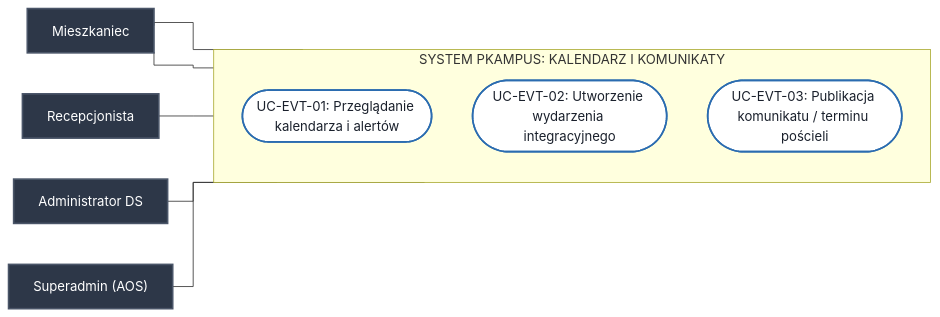
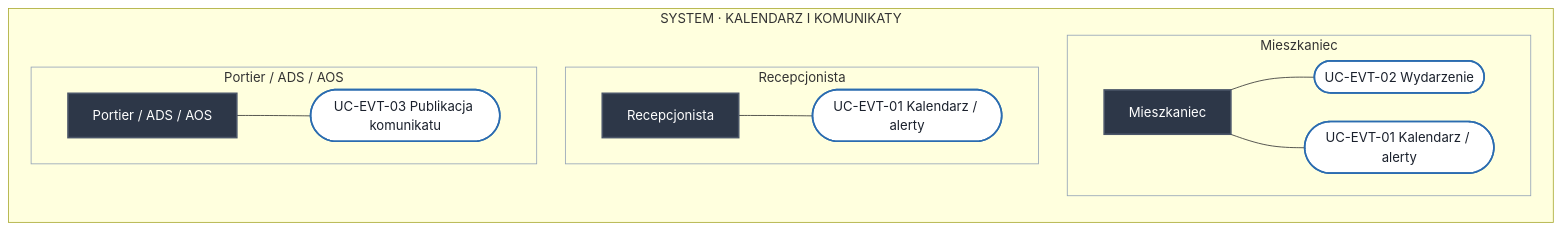
Before and after one commit to Buczy8/PKampus: the eighth of 9 diagrams in Docs/Diagramy_Przypadkow_Uzycia.md, drawn with Mermaid. The commit also changed other lines of this file and 7 other files, not shown here.

````diff
--- a/Docs/Diagramy_Przypadkow_Uzycia.md
+++ b/Docs/Diagramy_Przypadkow_Uzycia.md
@@ -318,26 +295,33 @@
 ```mermaid
-%%{init: {'flowchart': {'curve': 'stepBefore'}}}%%
-flowchart LR
-    classDef actorStyle fill:#2d3748,stroke:#4a5568,stroke-width:2px,color:#fff;
-    classDef ucStyle fill:#fff,stroke:#2b6cb0,stroke-width:2px,color:#1a202c;
+%%{init: {'flowchart': {'curve': 'basis', 'nodeSpacing': 35, 'rankSpacing': 40}}}%%
+flowchart TB
+    classDef actor fill:#2d3748,stroke:#4a5568,stroke-width:2px,color:#fff;
+    classDef uc fill:#fff,stroke:#2b6cb0,stroke-width:2px,color:#1a202c;
+    classDef inc fill:#edf2f7,stroke:#718096,stroke-width:1px,stroke-dasharray:3 3,color:#2d3748;
+    classDef sys fill:#1a365d,stroke:#2b6cb0,stroke-width:2px,color:#fff;
+    classDef abs fill:#4a5568,stroke:#718096,stroke-width:2px,color:#fff,stroke-dasharray:4 4;
+    classDef lane fill:transparent,stroke:#cbd5e1,stroke-width:1px,color:#64748b;
+    subgraph EVT["SYSTEM · KALENDARZ I KOMUNIKATY"]
+        direction TB
 
-    Student["Mieszkaniec"]:::actorStyle
+        subgraph L1["Mieszkaniec"]
+            direction LR
+            S["Mieszkaniec"]:::actor --- U02(["UC-EVT-02 Wydarzenie"]):::uc
+            S --- U01(["UC-EVT-01 Kalendarz / alerty"]):::uc
+        end
 
-    subgraph System_Events ["SYSTEM PKAMPUS: KALENDARZ I KOMUNIKATY"]
-        direction TB
-        UC_EVT_01(["UC-EVT-01: Przeglądanie kalendarza i alertów"]):::ucStyle
-        UC_EVT_02(["UC-EVT-02: Utworzenie wydarzenia integracyjnego"]):::ucStyle
-        UC_EVT_03(["UC-EVT-03: Publikacja komunikatu / terminu pościeli"]):::ucStyle
+        subgraph L2["Recepcjonista"]
+            direction LR
+            P["Recepcjonista"]:::actor --- U01b(["UC-EVT-01 Kalendarz / alerty"]):::uc
+        end
+
+        subgraph L3["Portier / ADS / AOS"]
+            direction LR
+            St["Portier / ADS / AOS"]:::actor --- U03(["UC-EVT-03 Publikacja komunikatu"]):::uc
+        end
     end
 
-    Portier["Recepcjonista"]:::actorStyle
-    AdminDS["Administrator DS"]:::actorStyle
-    SuperAdmin["Superadmin (AOS)"]:::actorStyle
-
-    Student --- UC_EVT_01
-    Student --- UC_EVT_02
-
-    Portier --- UC_EVT_03
-    AdminDS --- UC_EVT_03
-    SuperAdmin --- UC_EVT_03
+    style L1 fill:transparent,stroke:#94a3b8
+    style L2 fill:transparent,stroke:#94a3b8
+    style L3 fill:transparent,stroke:#94a3b8
 ```
````
